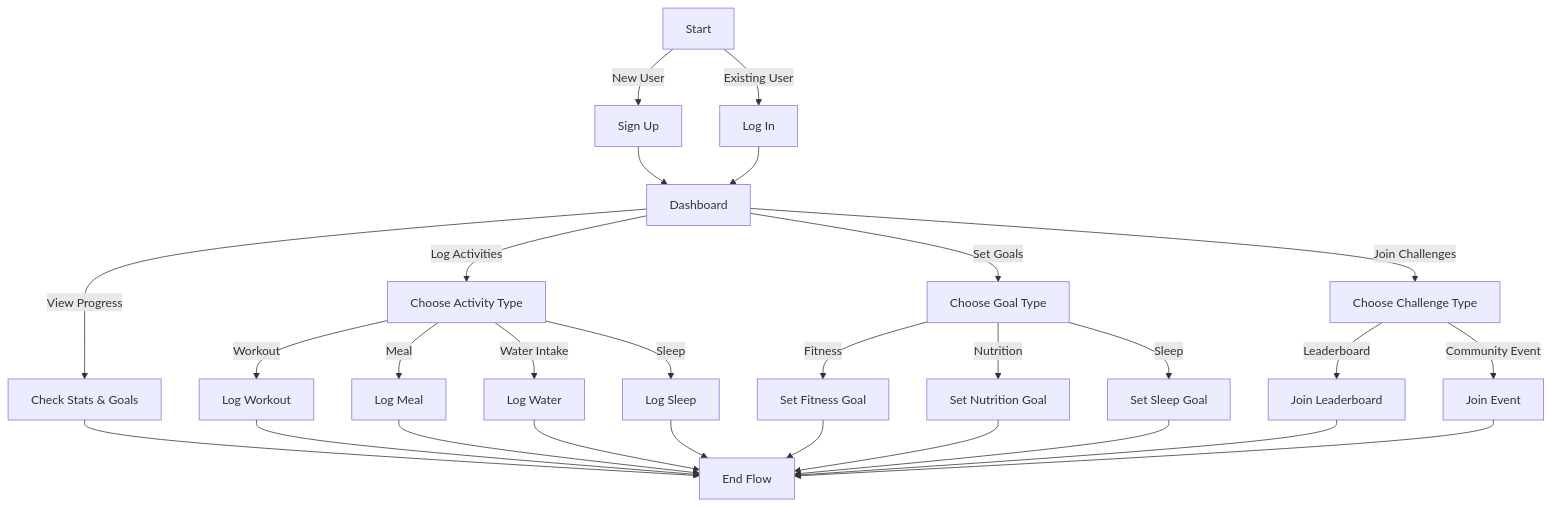
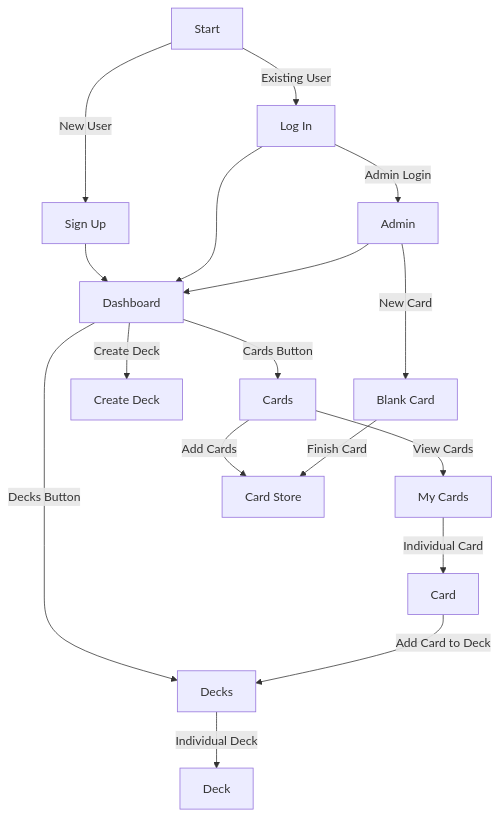
The second of 2 diagrams in Pokemon Card Assignment/README.md (CannonWashington/git-practice-cannonwashington), drawn with Mermaid before and after one commit. The commit also changed other lines of this file, not shown here.

Commit message:
User Flow Diagram

````diff
--- a/Pokemon Card Assignment/README.md
+++ b/Pokemon Card Assignment/README.md
@@ -41,36 +32,28 @@
 ```mermaid
-flowchart TD
-    A[Start] -->|New User| B[Sign Up]
+flowchart
+    A[Start] -->|New User| B[Sign Up]   
     A -->|Existing User| C[Log In]
-    
+
     B --> D[Dashboard]
     C --> D
-
-    D -->|Log Activities| E[Choose Activity Type]
-    E -->|Workout| F[Log Workout]
-    E -->|Meal| G[Log Meal]
-    E -->|Water Intake| H[Log Water]
-    E -->|Sleep| I[Log Sleep]
-
-    D -->|Set Goals| J[Choose Goal Type]
-    J -->|Fitness| K[Set Fitness Goal]
-    J -->|Nutrition| L[Set Nutrition Goal]
-    J -->|Sleep| M[Set Sleep Goal]
-
-    D -->|Join Challenges| N[Choose Challenge Type]
-    N -->|Leaderboard| O[Join Leaderboard]
-    N -->|Community Event| P[Join Event]
-
-    D -->|View Progress| Q[Check Stats & Goals]
     
-    Q --> R[End Flow]
-    F --> R
-    G --> R
-    H --> R
-    I --> R
-    K --> R
-    L --> R
-    M --> R
-    O --> R
-    P --> R
+    
+    
+    D -->|Cards Button| E[Cards]
+    E -->|View Cards| F[My Cards]
+    E -->|Add Cards| G[Card Store]
+    
+    
+    D -->|Decks Button| I[Decks]
+    I -->|Individual Deck| J[Deck]
+    D -->|Create Deck| K[Create Deck]
+    
+    F -->|Individual Card| H[Card]
+    H -->|Add Card to Deck| I
+    
+    
+    C -->|Admin Login| L[Admin]
+    L --> D
+    L -->|New Card| M[Blank Card]
+    M -->|Finish Card| G
 ```
````
